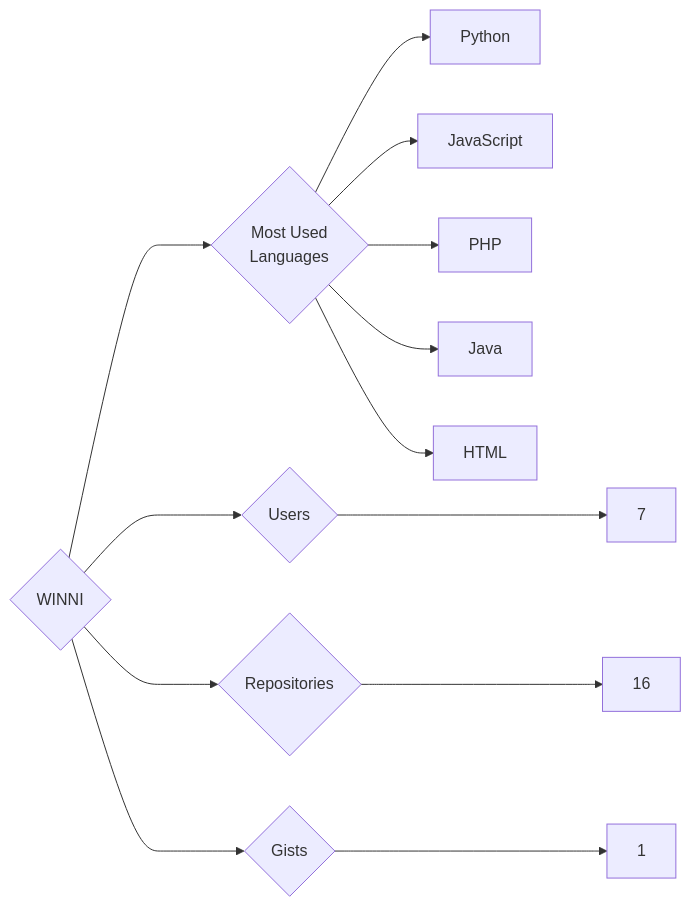
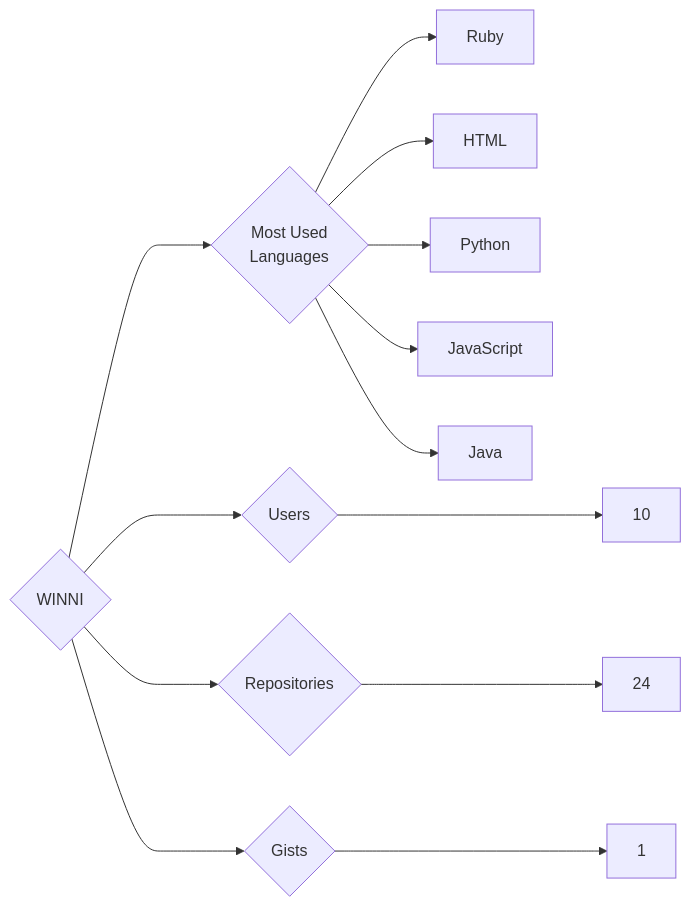
The diagram in targets/WINNI/README.md (trickest/insiders), drawn with Mermaid before and after one commit. The commit also changed 895 other files, not shown here.

````diff
--- a/targets/WINNI/README.md
+++ b/targets/WINNI/README.md
@@ -3,13 +3,13 @@
 ```mermaid
 graph LR
 COMPANY_NAME{WINNI}
-COMPANY_NAME ---> U{Users} ---> UN[7]
-COMPANY_NAME ---> R{Repositories} ---> RN[16]
+COMPANY_NAME ---> U{Users} ---> UN[10]
+COMPANY_NAME ---> R{Repositories} ---> RN[24]
 COMPANY_NAME ---> G{Gists} ---> GN[1]
 COMPANY_NAME ---> ML{Most Used<br>Languages}
+ML --> Ruby[Ruby]
+ML --> HTML[HTML]
 ML --> Python[Python]
 ML --> JavaScript[JavaScript]
-ML --> PHP[PHP]
 ML --> Java[Java]
-ML --> HTML[HTML]
 ```
````
